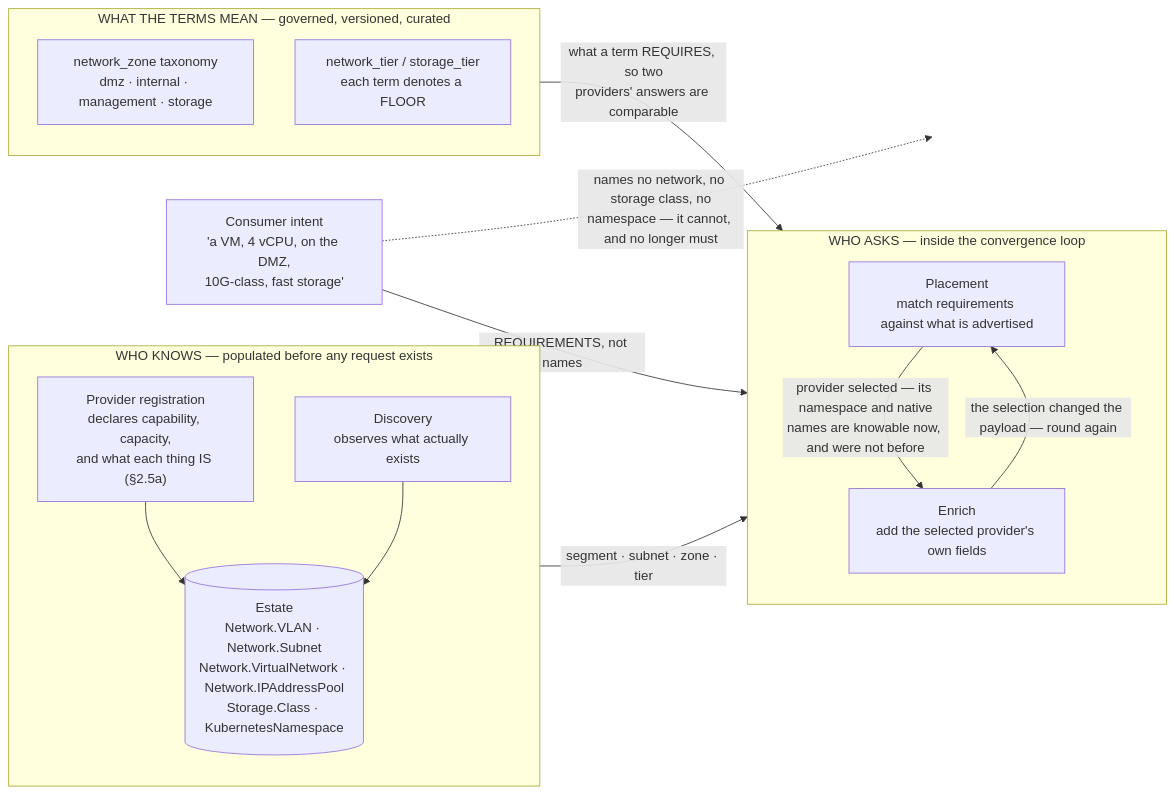
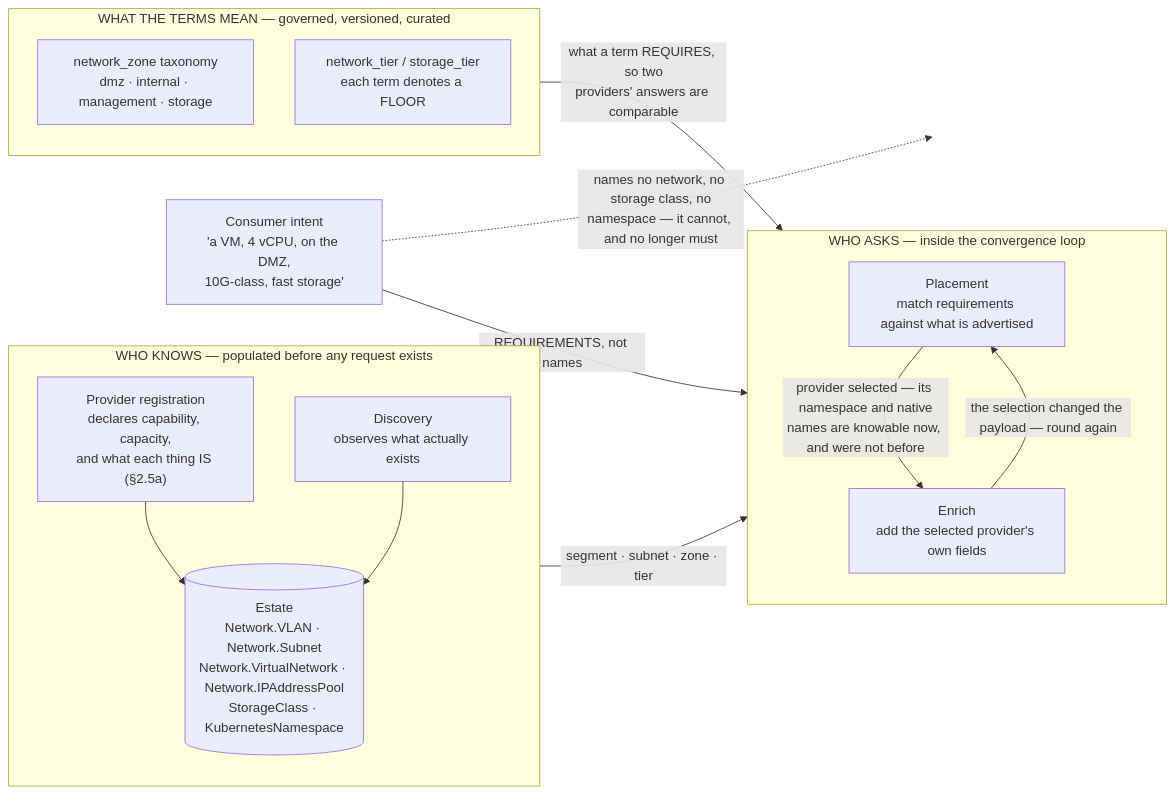
Before and after one commit to croadfeldt/udlm: the second of 2 diagrams in docs/flows/uc-04-vm-intent-osac-placement.md, drawn with Mermaid. The commit also changed 96 other files, not shown here.

````diff
--- a/docs/flows/uc-04-vm-intent-osac-placement.md
+++ b/docs/flows/uc-04-vm-intent-osac-placement.md
@@ -95,31 +95,31 @@
 ```mermaid
 flowchart LR
   subgraph SRC["WHO KNOWS — populated before any request exists"]
     direction TB
     PROV["Provider registration<br/>declares capability, capacity,<br/>and what each thing IS (§2.5a)"]
     DISC["Discovery<br/>observes what actually exists"]
-    PROV --> EST[("Estate<br/>Network.VLAN · Network.Subnet<br/>Network.VirtualNetwork · Network.IPAddressPool<br/>Storage.Class · KubernetesNamespace")]
+    PROV --> EST[("Estate<br/>Network.VLAN · Network.Subnet<br/>Network.VirtualNetwork · Network.IPAddressPool<br/>StorageClass · KubernetesNamespace")]
     DISC --> EST
   end
 
   subgraph VOCAB["WHAT THE TERMS MEAN — governed, versioned, curated"]
     direction TB
     ZN["network_zone taxonomy<br/>dmz · internal · management · storage"]
     TR["network_tier / storage_tier<br/>each term denotes a FLOOR"]
   end
 
   subgraph REQ["WHO ASKS — inside the convergence loop"]
     direction TB
     PL2["Placement<br/>match requirements against what is advertised"]
     EN2["Enrich<br/>add the selected provider's own fields"]
   end
 
   EST -->|"segment · subnet · zone · tier"| PL2
   VOCAB -->|"what a term REQUIRES, so two<br/>providers' answers are comparable"| PL2
   PL2 -->|"provider selected — its namespace and native<br/>names are knowable now, and were not before"| EN2
   EN2 -->|"the selection changed the payload — round again"| PL2
 
   CONS["Consumer intent<br/>'a VM, 4 vCPU, on the DMZ,<br/>10G-class, fast storage'"] -->|"REQUIREMENTS, not names"| PL2
   CONS -.->|"names no network, no storage class, no<br/>namespace — it cannot, and no longer must"| X1[" "]
   style X1 fill:none,stroke:none
 ```
````
